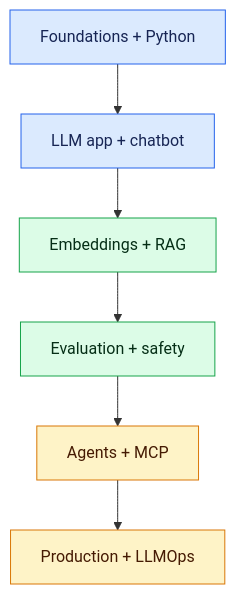
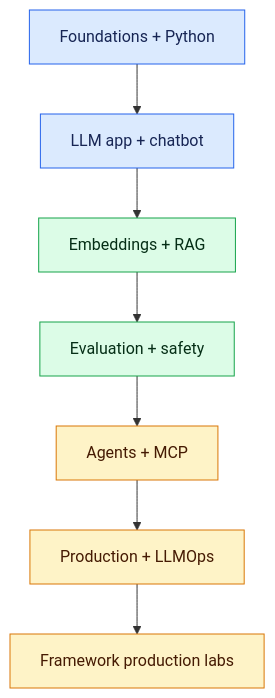
One commit to Skpandey15/java-enterprise-ai-architecture changed the diagram in docs/03-ai/ai-development-zero-to-job-ready/README.md. Above: the diagram before and after it, drawn with Mermaid. The commit also changed other lines of this file, not shown here.

Commit message:
Link AI framework hands-on track

````diff
--- a/docs/03-ai/ai-development-zero-to-job-ready/README.md
+++ b/docs/03-ai/ai-development-zero-to-job-ready/README.md
@@ -19,14 +27,15 @@
 ```mermaid
 flowchart TD
   A["Foundations + Python"] --> B["LLM app + chatbot"]
   B --> C["Embeddings + RAG"]
   C --> D["Evaluation + safety"]
   D --> E["Agents + MCP"]
   E --> F["Production + LLMOps"]
+  F --> G["Framework production labs"]
   classDef learn fill:#dbeafe,stroke:#2563eb,color:#172554
   classDef build fill:#dcfce7,stroke:#16a34a,color:#052e16
   classDef operate fill:#fef3c7,stroke:#d97706,color:#451a03
   class A,B learn
   class C,D build
-  class E,F operate
+  class E,F,G operate
 ```
````
